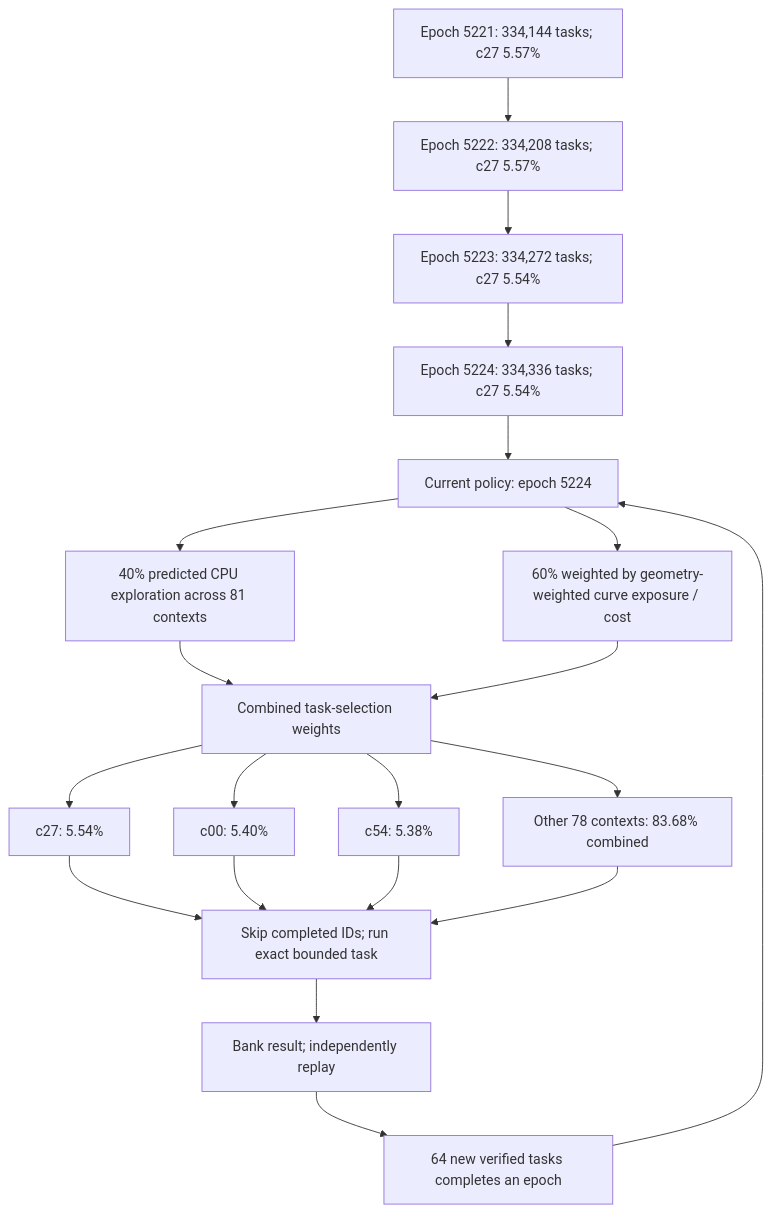
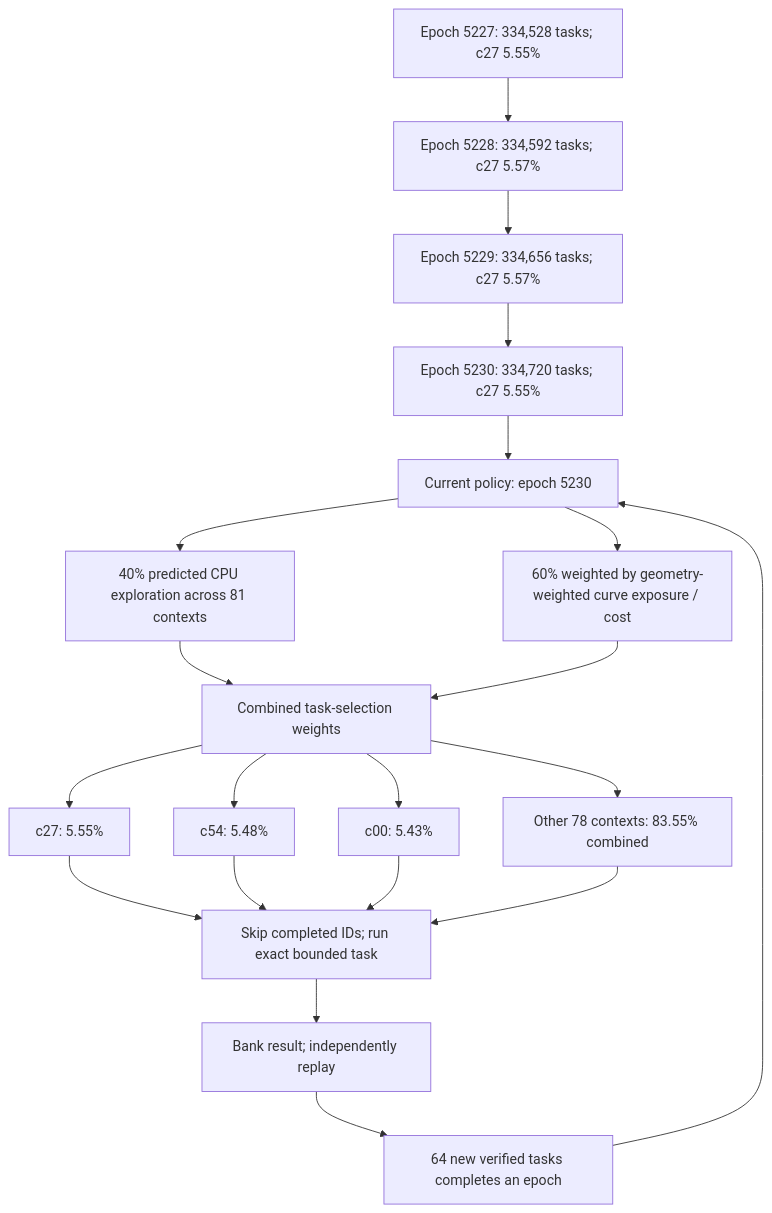
Before and after one commit to Kuberwastaken/math-gambling: the first of 3 diagrams in README.md, drawn with Mermaid. The commit also changed other lines of this file and 1252 other files, not shown here.

````diff
--- a/README.md
+++ b/README.md
@@ -60,27 +60,27 @@
 ```mermaid
 flowchart TD
-    H0["Epoch 5221: 334,144 tasks; c27 5.57%"]
-    H1["Epoch 5222: 334,208 tasks; c27 5.57%"]
+    H0["Epoch 5227: 334,528 tasks; c27 5.55%"]
+    H1["Epoch 5228: 334,592 tasks; c27 5.57%"]
     H0 --> H1
-    H2["Epoch 5223: 334,272 tasks; c27 5.54%"]
+    H2["Epoch 5229: 334,656 tasks; c27 5.57%"]
     H1 --> H2
-    H3["Epoch 5224: 334,336 tasks; c27 5.54%"]
+    H3["Epoch 5230: 334,720 tasks; c27 5.55%"]
     H2 --> H3
-    Policy["Current policy: epoch 5224"]
+    Policy["Current policy: epoch 5230"]
     H3 --> Policy
     Policy --> Explore["40% predicted CPU exploration across 81 contexts"]
     Policy --> Cost["60% weighted by geometry-weighted curve exposure / cost"]
     Explore --> Mix["Combined task-selection weights"]
     Cost --> Mix
-    Mix --> C0["c27: 5.54%"]
-    Mix --> C1["c00: 5.40%"]
-    Mix --> C2["c54: 5.38%"]
-    Mix --> Rest["Other 78 contexts: 83.68% combined"]
+    Mix --> C0["c27: 5.55%"]
+    Mix --> C1["c54: 5.48%"]
+    Mix --> C2["c00: 5.43%"]
+    Mix --> Rest["Other 78 contexts: 83.55% combined"]
     C0 --> Check["Skip completed IDs; run exact bounded task"]
     C1 --> Check
     C2 --> Check
     Rest --> Check
     Check --> Replay["Bank result; independently replay"]
     Replay --> Gate["64 new verified tasks completes an epoch"]
     Gate --> Policy
 ```
````
